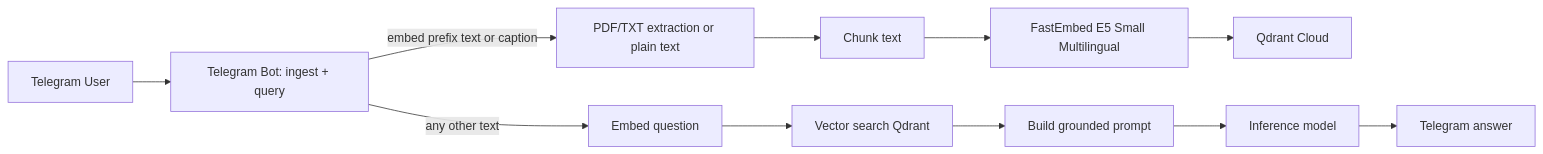
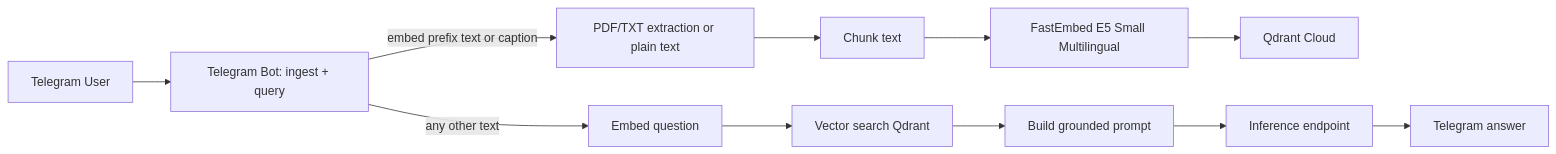
The diagram in README.md (A-I-M-S/skill-rag-qdrant), drawn with Mermaid before and after one commit. The commit also changed other lines of this file and 11 other files, not shown here.

````diff
--- a/README.md
+++ b/README.md
@@ -7,13 +7,13 @@
 ```mermaid
 flowchart LR
   U[Telegram User] --> B[Telegram Bot: ingest + query]
   B -- "embed prefix text or caption" --> X[PDF/TXT extraction or plain text]
   X --> C[Chunk text]
   C --> D[FastEmbed E5 Small Multilingual]
   D --> E[Qdrant Cloud]
   B -- "any other text" --> G[Embed question]
   G --> H[Vector search Qdrant]
   H --> I[Build grounded prompt]
-  I --> J[Inference model]
+  I --> J[Inference endpoint]
   J --> K[Telegram answer]
 ```
````
